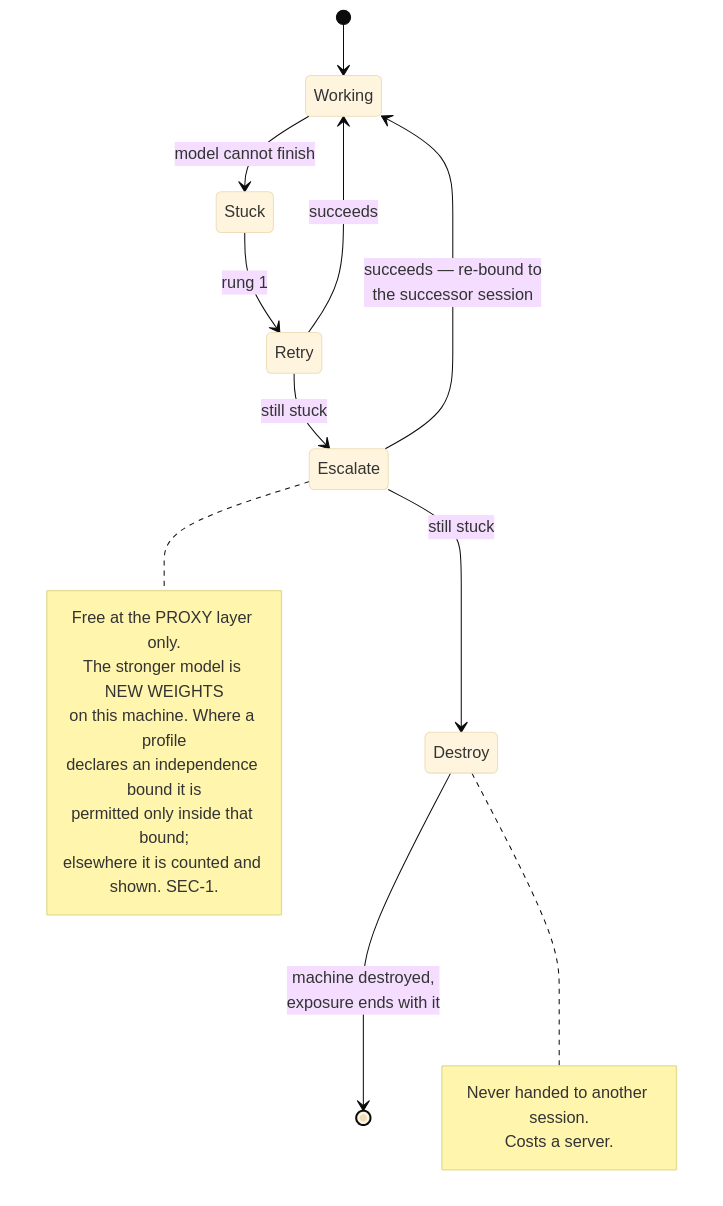
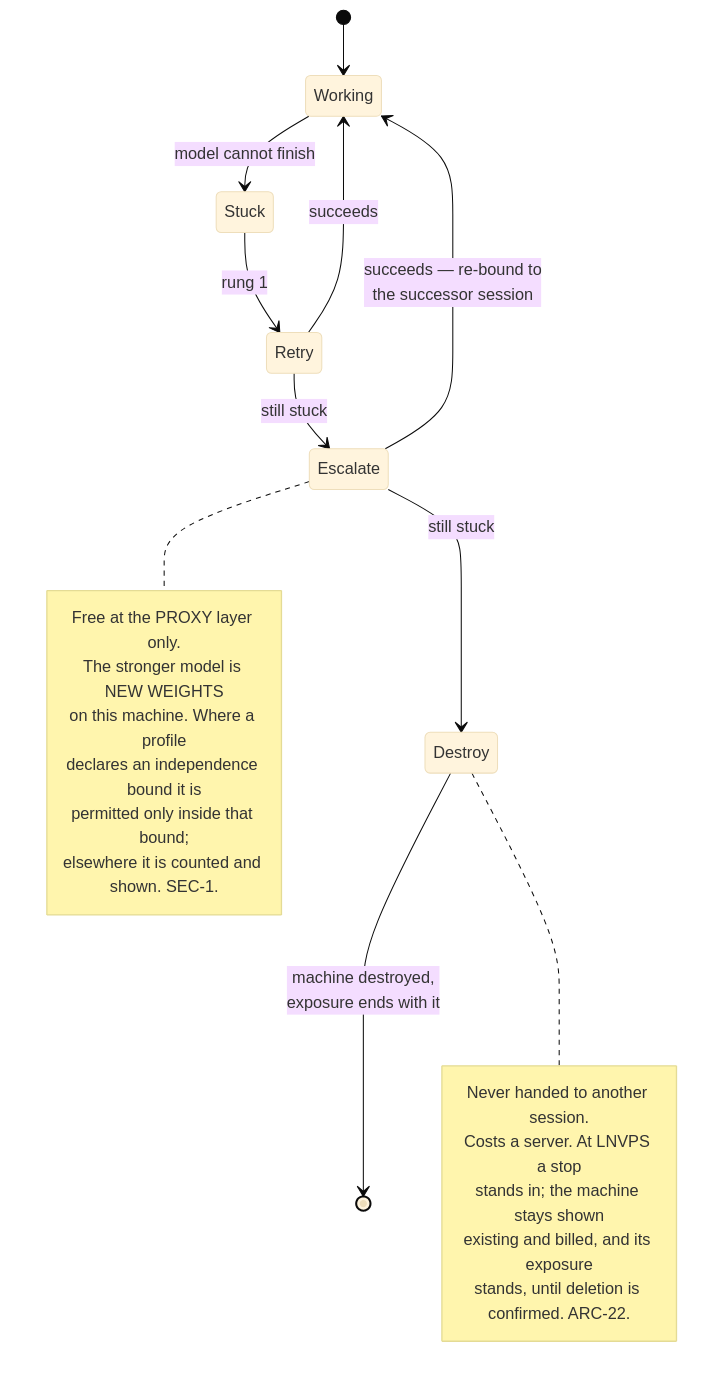
The third of 3 diagrams in 01-architecture.md (douglaz/tau-web-spec), drawn with Mermaid (base theme) before and after one commit. The commit also changed other lines of this file and 4 other files, not shown here.

````diff
--- a/01-architecture.md
+++ b/01-architecture.md
@@ -759,23 +763,26 @@
 ```mermaid
 stateDiagram-v2
     [*] --> Working
     Working --> Stuck: model cannot finish
     Stuck --> Retry: rung 1
     Retry --> Working: succeeds
     Retry --> Escalate: still stuck
     Escalate --> Working: succeeds — re-bound to<br/>the successor session
     note right of Escalate
         Free at the PROXY layer only.
         The stronger model is NEW WEIGHTS
         on this machine. Where a profile
         declares an independence bound it is
         permitted only inside that bound;
         elsewhere it is counted and shown. SEC-1.
     end note
     Escalate --> Destroy: still stuck
     Destroy --> [*]: machine destroyed,<br/>exposure ends with it
     note right of Destroy
         Never handed to another session.
-        Costs a server.
+        Costs a server. At LNVPS a stop
+        stands in; the machine stays shown
+        existing and billed, and its exposure
+        stands, until deletion is confirmed. ARC-22.
     end note
 ```
````
